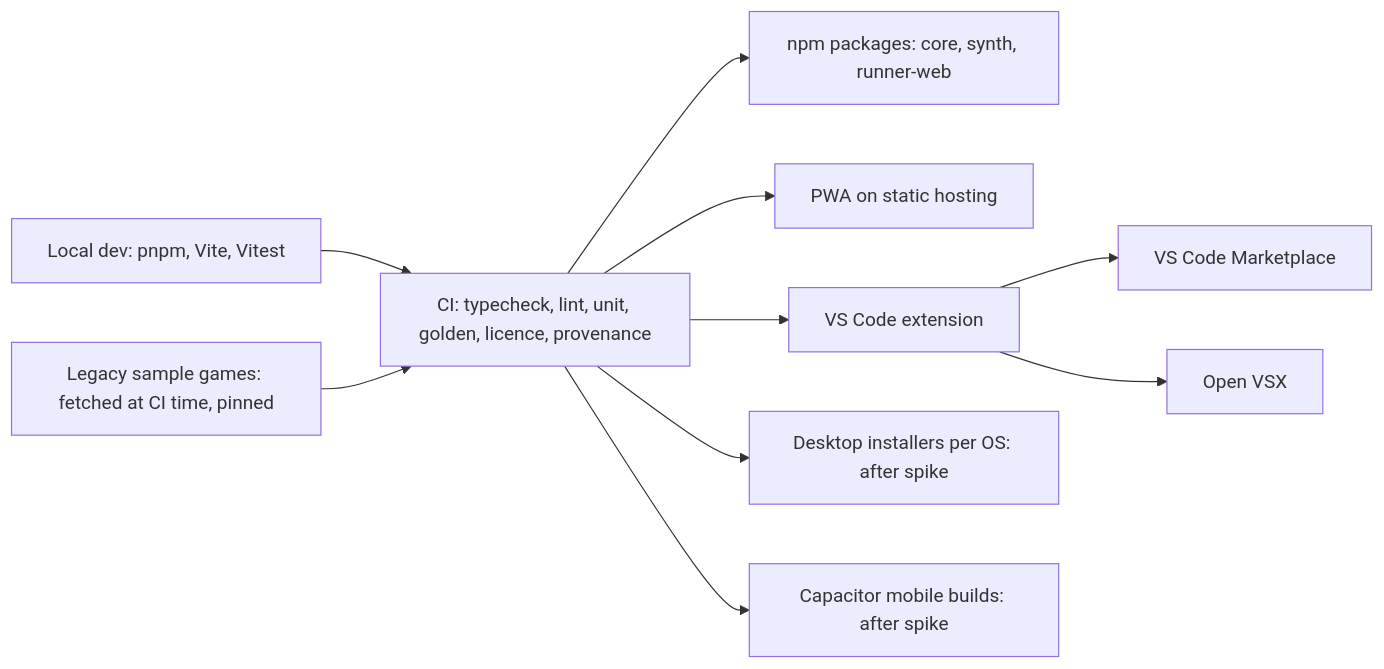
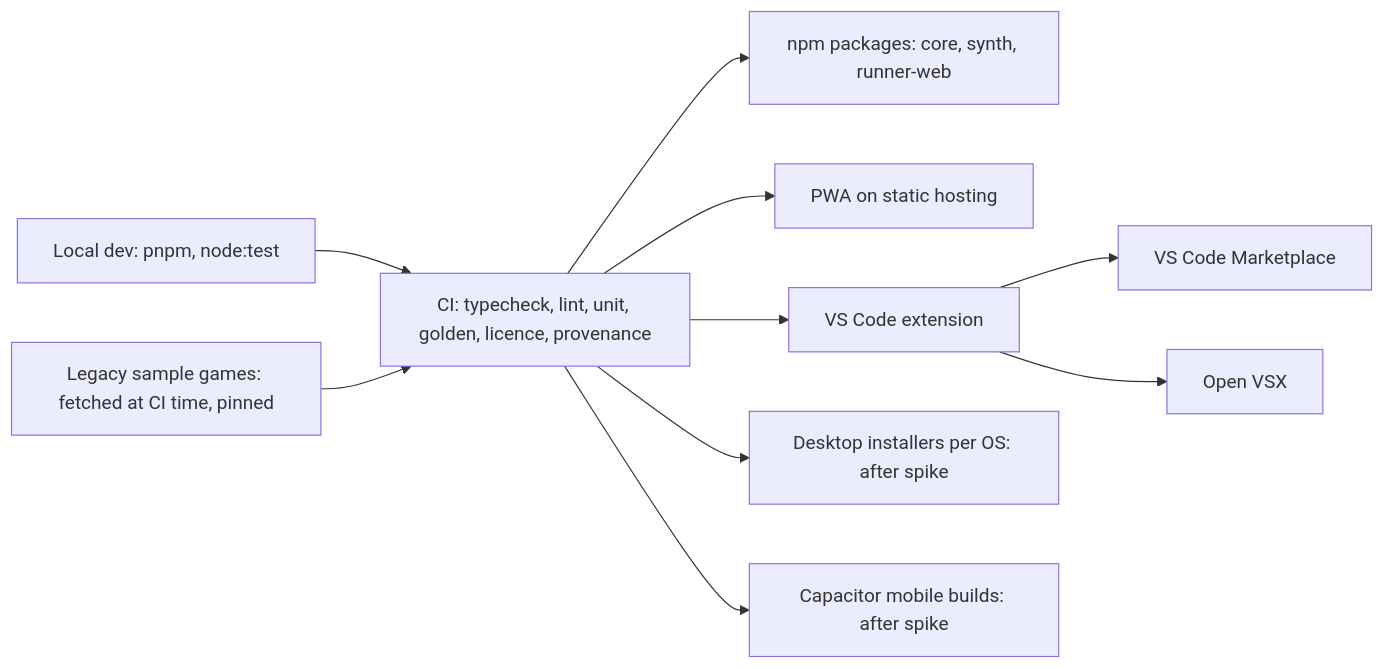
The third of 3 diagrams in _bmad-output/initiative-rpgtoolkit-reawakened/architecture-rpgtoolkit-reawakened/architecture-rpgtoolkit-reawakened.md (aljopro/rpgtoolkit-reawakened), drawn with Mermaid before and after one commit. The commit also changed other lines of this file and 29 other files, not shown here.

````diff
--- a/_bmad-output/initiative-rpgtoolkit-reawakened/architecture-rpgtoolkit-reawakened/architecture-rpgtoolkit-reawakened.md
+++ b/_bmad-output/initiative-rpgtoolkit-reawakened/architecture-rpgtoolkit-reawakened/architecture-rpgtoolkit-reawakened.md
@@ -405,12 +405,12 @@
 ```mermaid
 graph LR
-  dev[Local dev: pnpm, Vite, Vitest] --> ci[CI: typecheck, lint, unit, golden, licence, provenance]
+  dev[Local dev: pnpm, node:test] --> ci[CI: typecheck, lint, unit, golden, licence, provenance]
   fixtures[Legacy sample games: fetched at CI time, pinned] --> ci
   ci --> npm[npm packages: core, synth, runner-web]
   ci --> pwa[PWA on static hosting]
   ci --> ext[VS Code extension]
   ext --> mkt[VS Code Marketplace]
   ext --> ovsx[Open VSX]
   ci --> desk[Desktop installers per OS: after spike]
   ci --> mob[Capacitor mobile builds: after spike]
 ```
````
